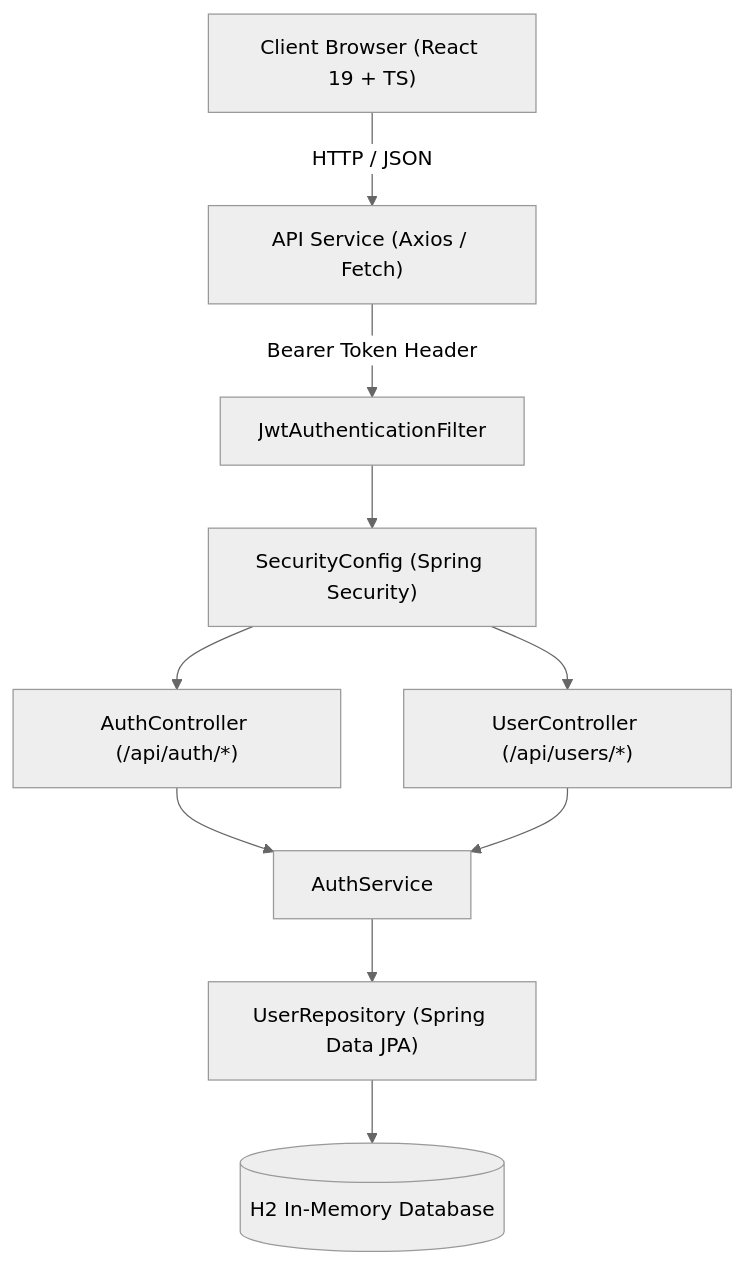
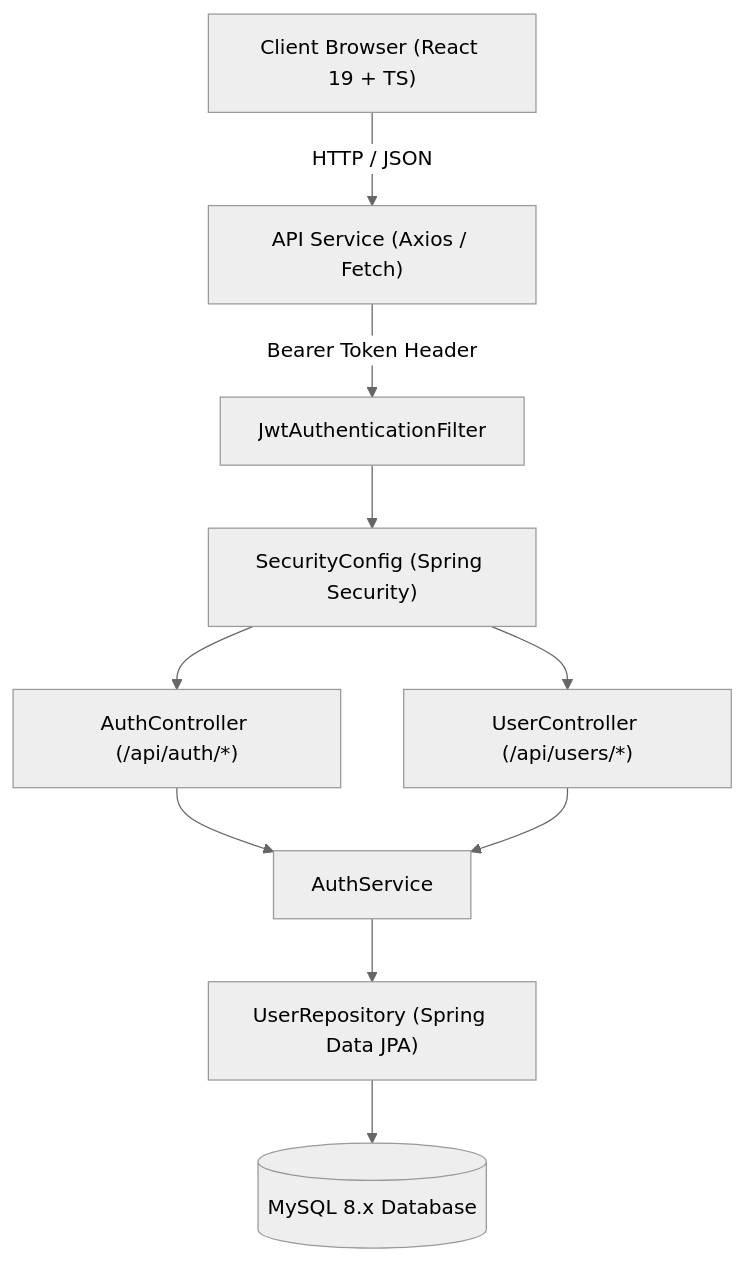
Before and after one commit to Nithz-codes/Sizzle: the first of 3 diagrams in docs/ARCHITECTURE.md, drawn with Mermaid (neutral theme). The commit also changed other lines of this file and 11 other files, not shown here.

````diff
--- a/docs/ARCHITECTURE.md
+++ b/docs/ARCHITECTURE.md
@@ -11,22 +11,22 @@
 ```mermaid
 graph TD
     Client["Client Browser (React 19 + TS)"]
     API["API Service (Axios / Fetch)"]
     Filter["JwtAuthenticationFilter"]
     SecConfig["SecurityConfig (Spring Security)"]
     AuthCtrl["AuthController (/api/auth/*)"]
     UserCtrl["UserController (/api/users/*)"]
     AuthService["AuthService"]
     Repo["UserRepository (Spring Data JPA)"]
-    DB[("H2 In-Memory Database")]
+    DB[("MySQL 8.x Database")]
 
     Client -->|HTTP / JSON| API
     API -->|Bearer Token Header| Filter
     Filter --> SecConfig
     SecConfig --> AuthCtrl
     SecConfig --> UserCtrl
     AuthCtrl --> AuthService
     UserCtrl --> AuthService
     AuthService --> Repo
     Repo --> DB
 ```
````
